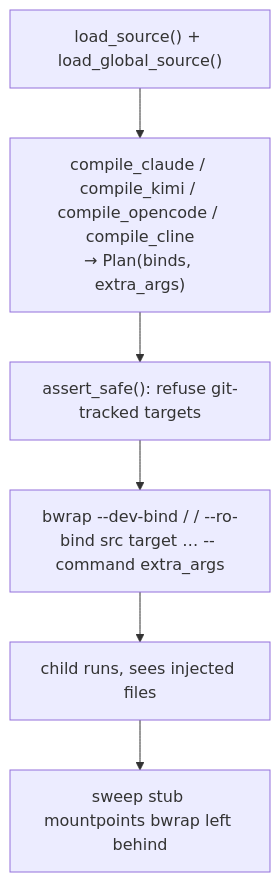
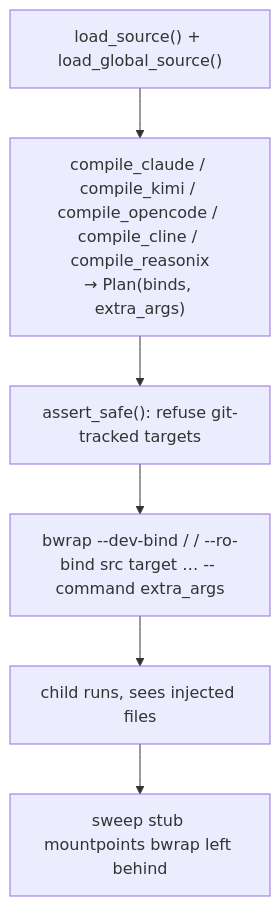
The diagram in docs/internals.md (vcoeur/agedum), drawn with Mermaid before and after one commit. The commit also changed other lines of this file and 16 other files, not shown here.

````diff
--- a/docs/internals.md
+++ b/docs/internals.md
@@ -15,8 +15,8 @@
 ```mermaid
 flowchart TD
-  a["load_source() + load_global_source()"] --> b["compile_claude / compile_kimi / compile_opencode / compile_cline<br/>→ Plan(binds, extra_args)"]
+  a["load_source() + load_global_source()"] --> b["compile_claude / compile_kimi / compile_opencode / compile_cline / compile_reasonix<br/>→ Plan(binds, extra_args)"]
   b --> c["assert_safe(): refuse git-tracked targets"]
   c --> d["bwrap --dev-bind / / --ro-bind src target … -- command extra_args"]
   d --> e["child runs, sees injected files"]
   e --> f["sweep stub mountpoints bwrap left behind"]
 ```
````
